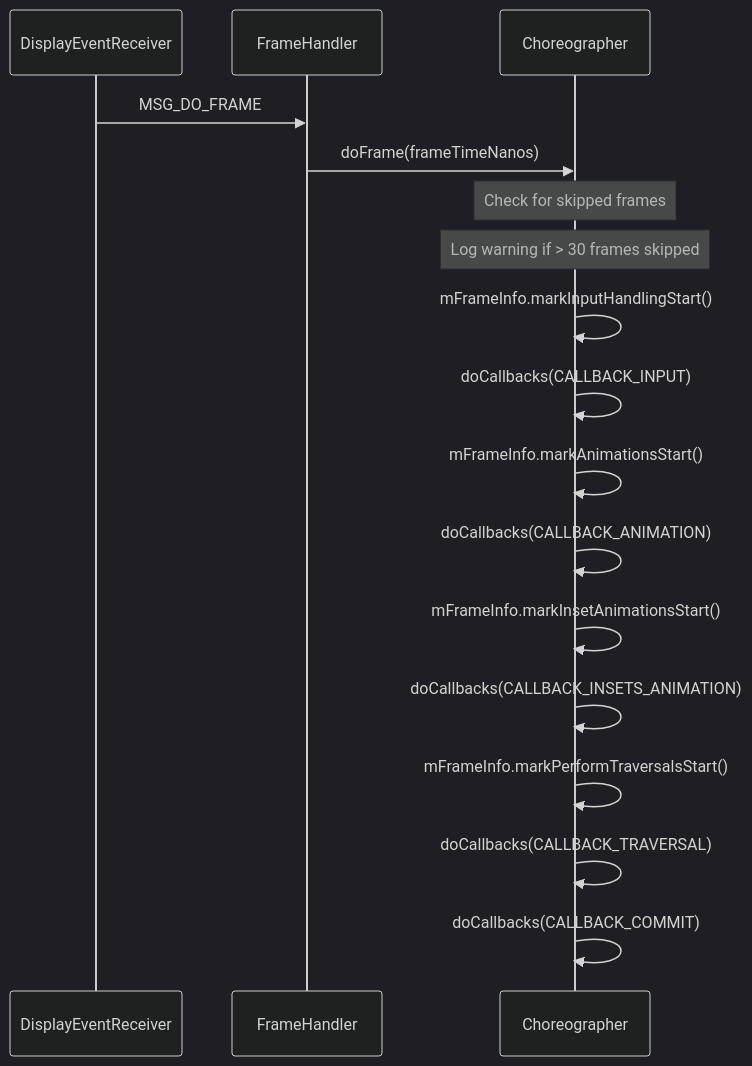
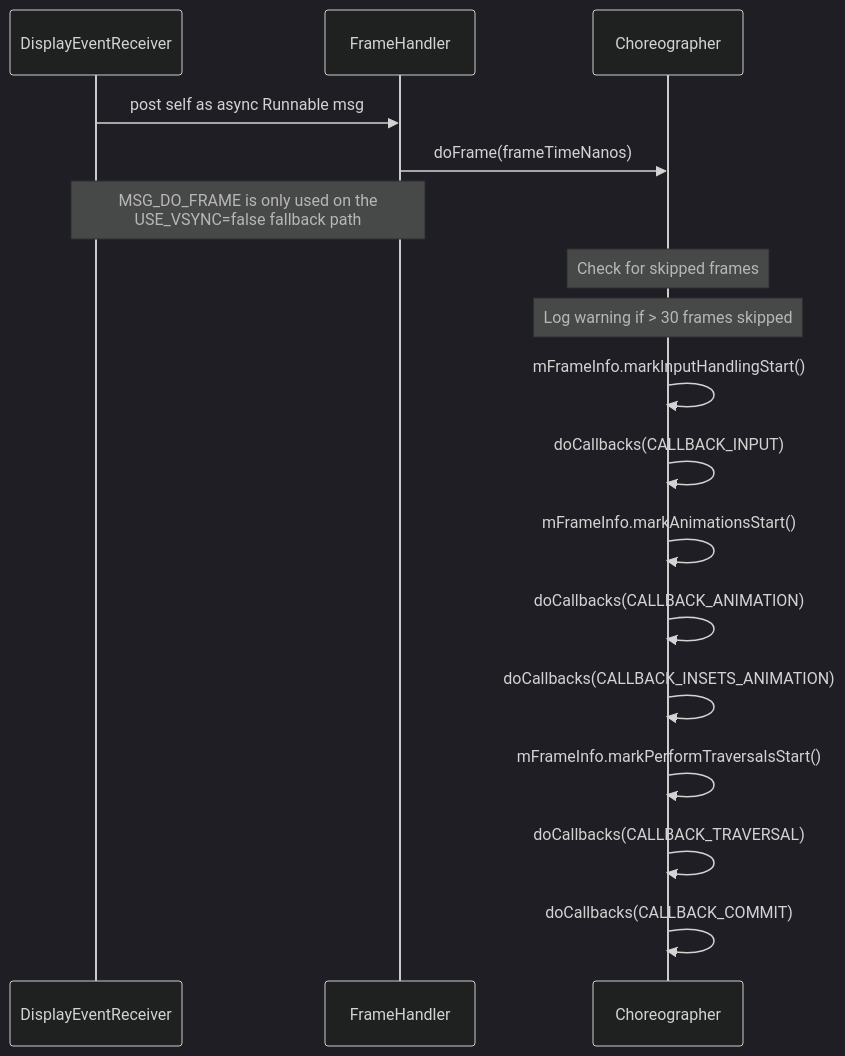
One commit to aospbooks/aosp-internal-book changed diagram 40 of 47 in 14-animation-system.md. Above: the diagram before and after it, drawn with Mermaid (dark theme). The commit also changed other lines of this file and 218 other files, not shown here.

````diff
--- a/14-animation-system.md
+++ b/14-animation-system.md
@@ -3658,20 +3728,20 @@
 ```mermaid
 sequenceDiagram
     participant DEV as DisplayEventReceiver
     participant FH as FrameHandler
     participant Choreo as Choreographer
 
-    DEV->>FH: MSG_DO_FRAME
+    DEV->>FH: post self as async Runnable msg
     FH->>Choreo: doFrame(frameTimeNanos)
+    Note over DEV,FH: MSG_DO_FRAME is only used on the<br/>USE_VSYNC=false fallback path
     Note over Choreo: Check for skipped frames
     Note over Choreo: Log warning if > 30 frames skipped
     Choreo->>Choreo: mFrameInfo.markInputHandlingStart()
     Choreo->>Choreo: doCallbacks(CALLBACK_INPUT)
     Choreo->>Choreo: mFrameInfo.markAnimationsStart()
     Choreo->>Choreo: doCallbacks(CALLBACK_ANIMATION)
-    Choreo->>Choreo: mFrameInfo.markInsetAnimationsStart()
     Choreo->>Choreo: doCallbacks(CALLBACK_INSETS_ANIMATION)
     Choreo->>Choreo: mFrameInfo.markPerformTraversalsStart()
     Choreo->>Choreo: doCallbacks(CALLBACK_TRAVERSAL)
     Choreo->>Choreo: doCallbacks(CALLBACK_COMMIT)
 ```
````
